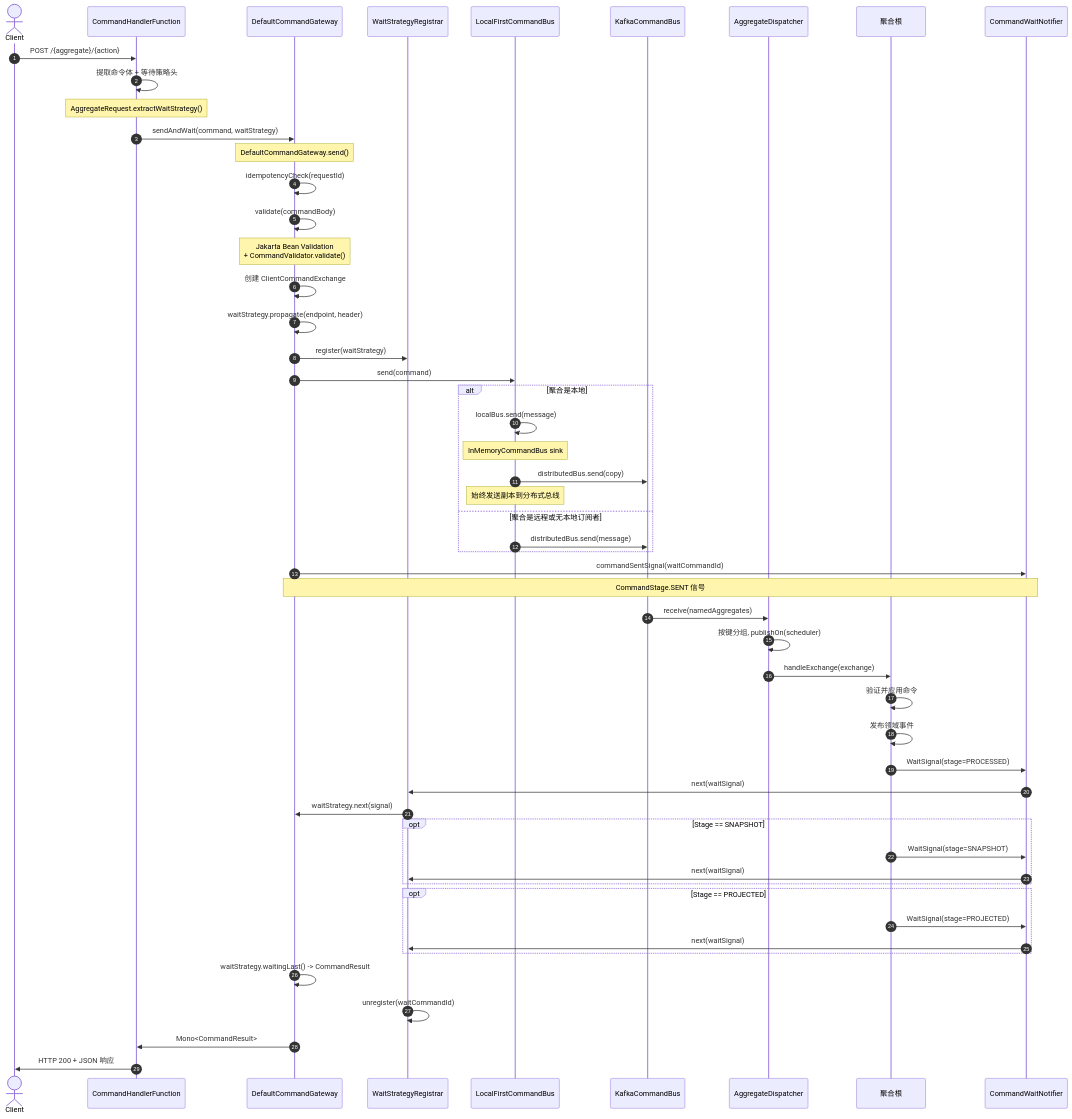
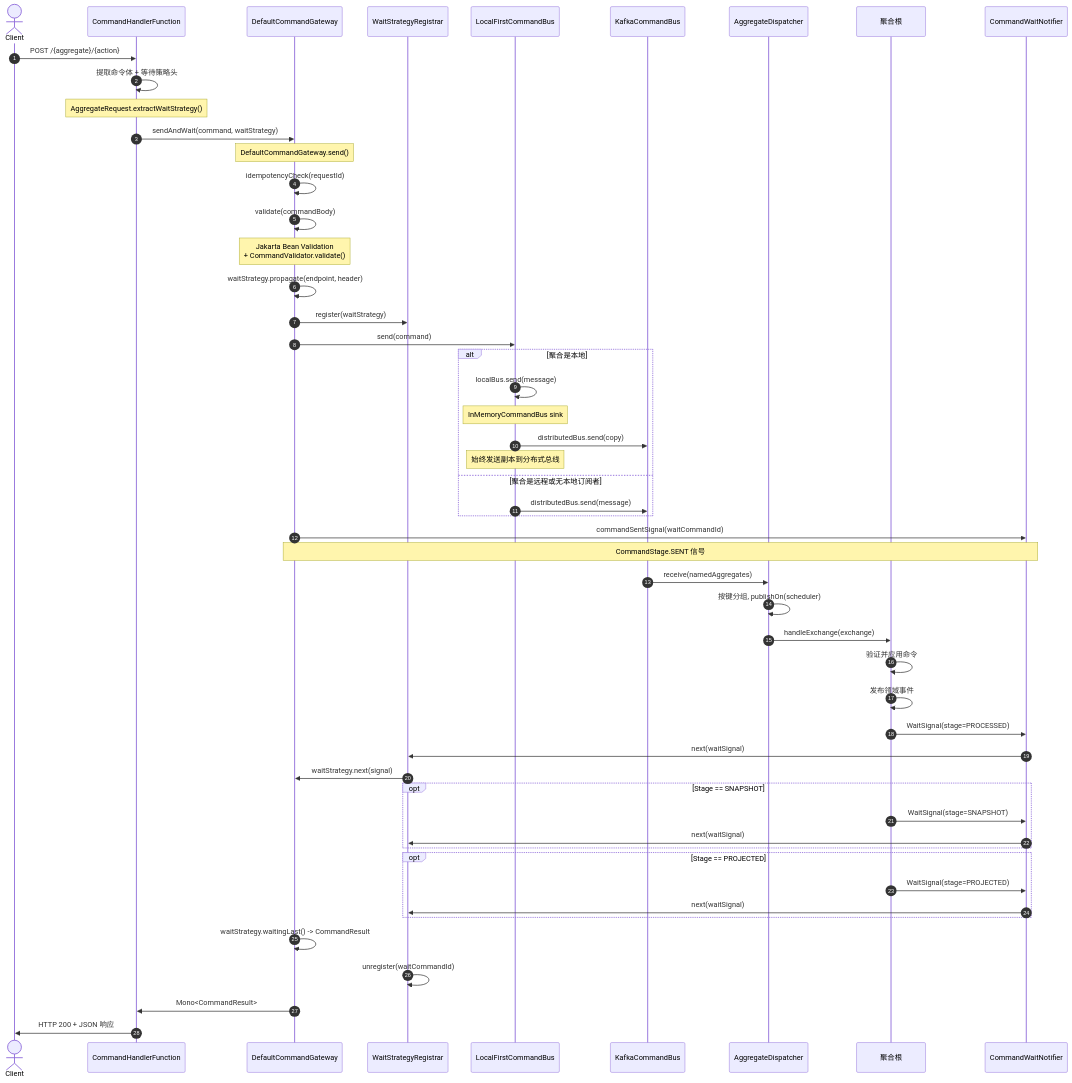
The second of 3 diagrams in documentation/docs/zh/guide/command-gateway.md (Ahoo-Wang/Wow), drawn with Mermaid before and after one commit. The commit also changed other lines of this file and 7 other files, not shown here.

````diff
--- a/documentation/docs/zh/guide/command-gateway.md
+++ b/documentation/docs/zh/guide/command-gateway.md
@@ -284,64 +261,63 @@
 ```mermaid
 sequenceDiagram
     autonumber
     actor Client
     participant Handler as CommandHandlerFunction
     participant Gateway as DefaultCommandGateway
     participant Registrar as WaitStrategyRegistrar
     participant LFBus as LocalFirstCommandBus
     participant Kafka as KafkaCommandBus
     participant Dispatcher as AggregateDispatcher
     participant Aggregate as 聚合根
     participant Notifier as CommandWaitNotifier
 
     Client->>Handler: POST /{aggregate}/{action}
     Handler->>Handler: 提取命令体 + 等待策略头
     Note over Handler: AggregateRequest.extractWaitStrategy()
     Handler->>Gateway: sendAndWait(command, waitStrategy)
     Note over Gateway: DefaultCommandGateway.send()
 
     Gateway->>Gateway: idempotencyCheck(requestId)
     Gateway->>Gateway: validate(commandBody)
     Note over Gateway: Jakarta Bean Validation<br>+ CommandValidator.validate()
 
-    Gateway->>Gateway: 创建 ClientCommandExchange
     Gateway->>Gateway: waitStrategy.propagate(endpoint, header)
     Gateway->>Registrar: register(waitStrategy)
     Gateway->>LFBus: send(command)
 
     alt 聚合是本地
         LFBus->>LFBus: localBus.send(message)
         Note over LFBus: InMemoryCommandBus sink
         LFBus->>Kafka: distributedBus.send(copy)
         Note over LFBus: 始终发送副本到分布式总线
     else 聚合是远程或无本地订阅者
         LFBus->>Kafka: distributedBus.send(message)
     end
 
     Gateway->>Notifier: commandSentSignal(waitCommandId)
     Note over Gateway,Notifier: CommandStage.SENT 信号
 
     Kafka->>Dispatcher: receive(namedAggregates)
     Dispatcher->>Dispatcher: 按键分组, publishOn(scheduler)
     Dispatcher->>Aggregate: handleExchange(exchange)
     Aggregate->>Aggregate: 验证并应用命令
     Aggregate->>Aggregate: 发布领域事件
 
     Aggregate->>Notifier: WaitSignal(stage=PROCESSED)
     Notifier->>Registrar: next(waitSignal)
     Registrar->>Gateway: waitStrategy.next(signal)
 
     opt Stage == SNAPSHOT
         Aggregate->>Notifier: WaitSignal(stage=SNAPSHOT)
         Notifier->>Registrar: next(waitSignal)
     end
     opt Stage == PROJECTED
         Aggregate->>Notifier: WaitSignal(stage=PROJECTED)
         Notifier->>Registrar: next(waitSignal)
     end
 
     Gateway->>Gateway: waitStrategy.waitingLast() -> CommandResult
     Registrar->>Registrar: unregister(waitCommandId)
     Gateway->>Handler: Mono<CommandResult>
     Handler->>Client: HTTP 200 + JSON 响应
 ```
````
